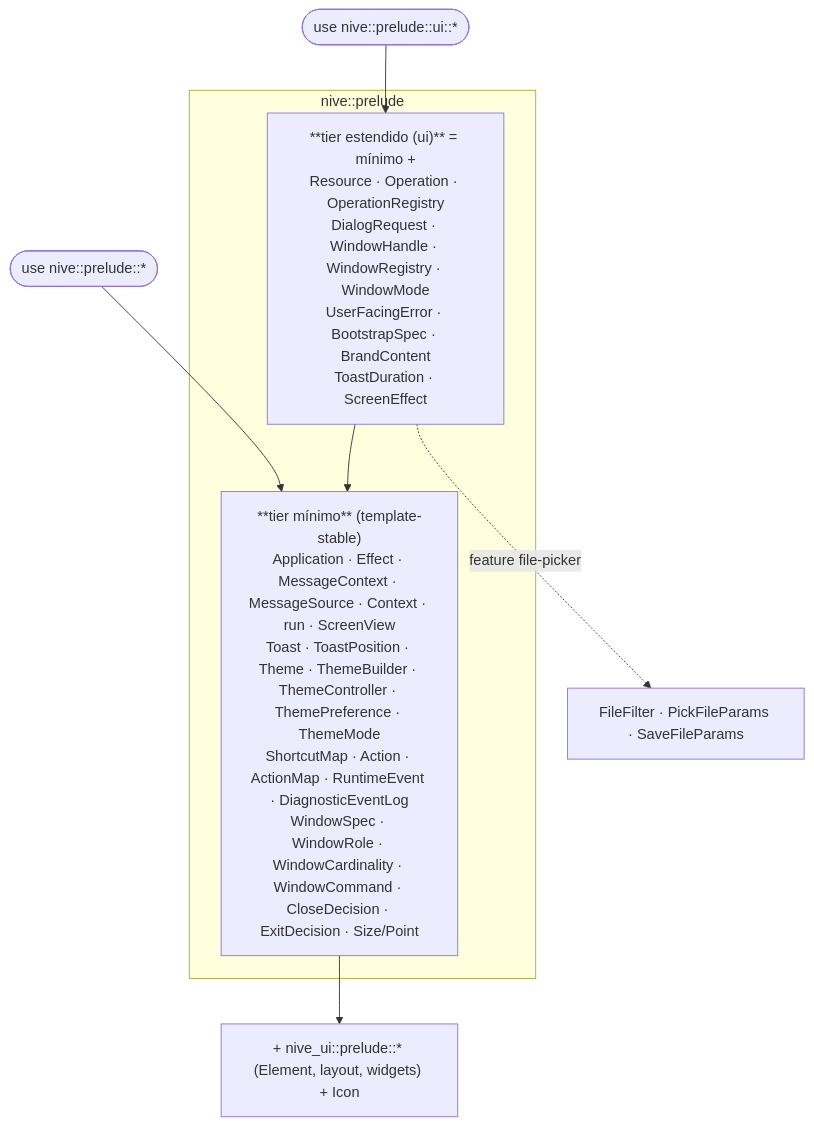
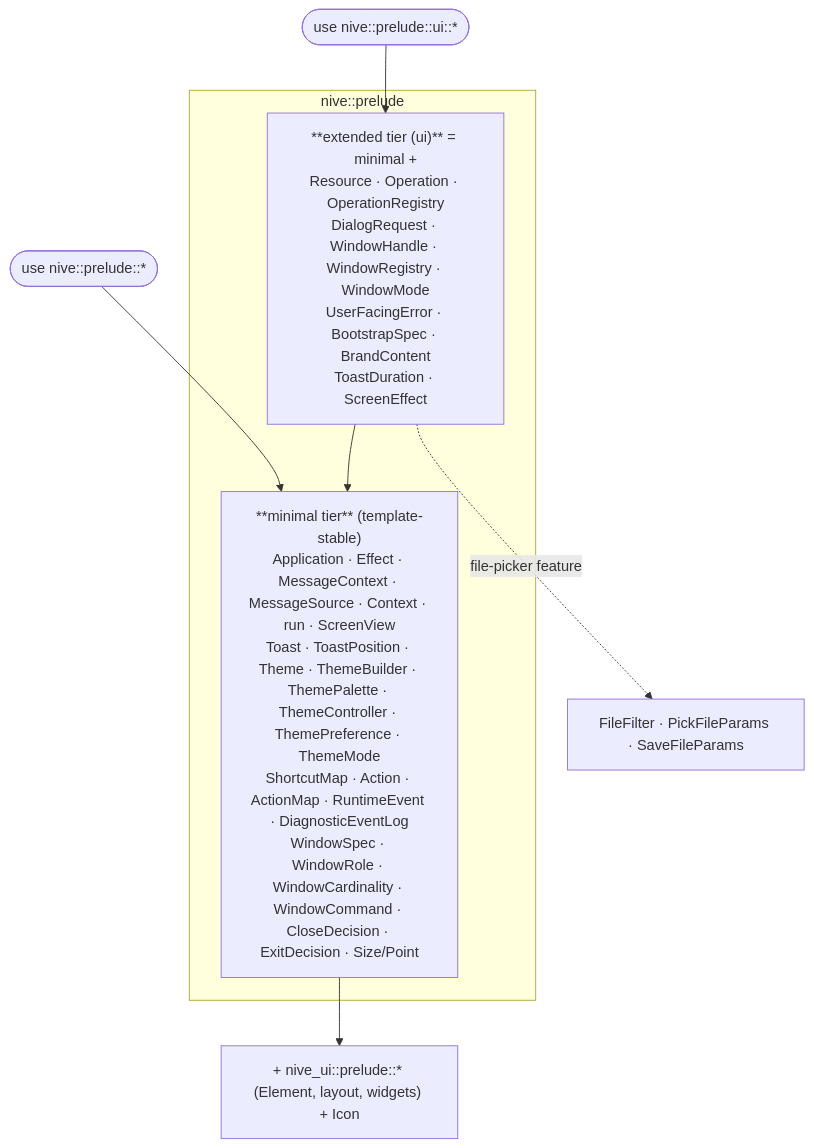
Before and after one commit to JirlanSouza/nive: the first of 4 diagrams in docs/architecture/api-surface.md, drawn with Mermaid. The commit also changed other lines of this file and 15 other files, not shown here.

````diff
--- a/docs/architecture/api-surface.md
+++ b/docs/architecture/api-surface.md
@@ -17,14 +17,14 @@
 ```mermaid
 flowchart TD
     app(["use nive::prelude::*"]) --> minimal
     appui(["use nive::prelude::ui::*"]) --> extended
 
     subgraph tiers["nive::prelude"]
-        minimal["**tier mínimo** (template-stable)<br/>Application · Effect · MessageContext · MessageSource · Context · run · ScreenView<br/>Toast · ToastPosition · Theme · ThemeBuilder · ThemeController · ThemePreference · ThemeMode<br/>ShortcutMap · Action · ActionMap · RuntimeEvent · DiagnosticEventLog<br/>WindowSpec · WindowRole · WindowCardinality · WindowCommand · CloseDecision · ExitDecision · Size/Point"]
-        extended["**tier estendido (ui)** = mínimo +<br/>Resource · Operation · OperationRegistry<br/>DialogRequest · WindowHandle · WindowRegistry · WindowMode<br/>UserFacingError · BootstrapSpec · BrandContent<br/>ToastDuration · ScreenEffect"]
+        minimal["**minimal tier** (template-stable)<br/>Application · Effect · MessageContext · MessageSource · Context · run · ScreenView<br/>Toast · ToastPosition · Theme · ThemeBuilder · ThemePalette · ThemeController · ThemePreference · ThemeMode<br/>ShortcutMap · Action · ActionMap · RuntimeEvent · DiagnosticEventLog<br/>WindowSpec · WindowRole · WindowCardinality · WindowCommand · CloseDecision · ExitDecision · Size/Point"]
+        extended["**extended tier (ui)** = minimal +<br/>Resource · Operation · OperationRegistry<br/>DialogRequest · WindowHandle · WindowRegistry · WindowMode<br/>UserFacingError · BootstrapSpec · BrandContent<br/>ToastDuration · ScreenEffect"]
         extended --> minimal
     end
 
     minimal --> uiprelude["+ nive_ui::prelude::* (Element, layout, widgets) + Icon"]
-    extended -.feature file-picker.-> fp["FileFilter · PickFileParams · SaveFileParams"]
+    extended -.file-picker feature.-> fp["FileFilter · PickFileParams · SaveFileParams"]
 ```
````
